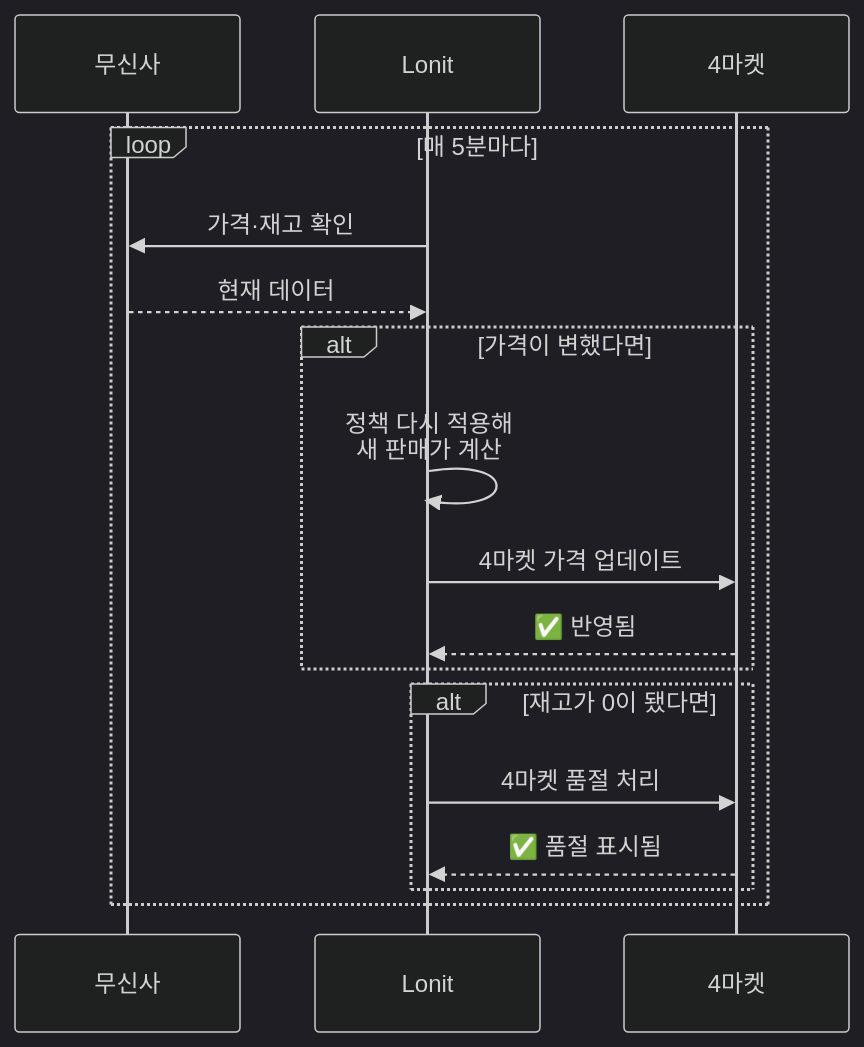
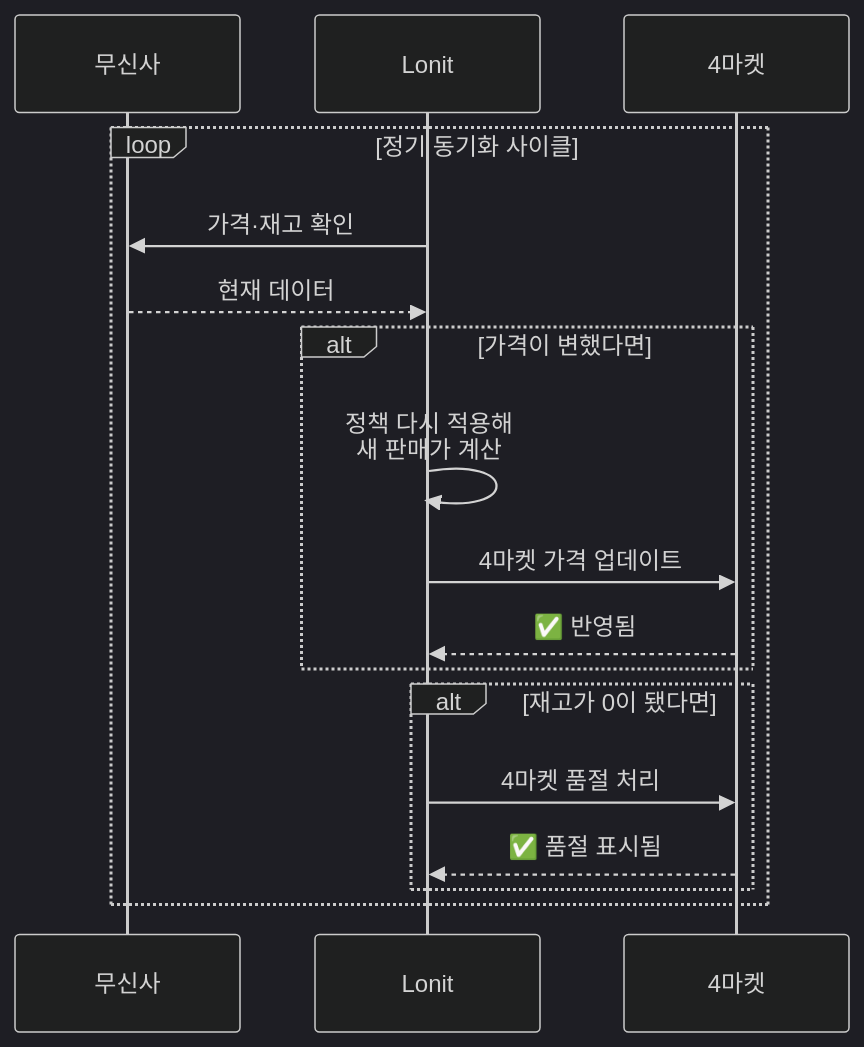
One commit to cksdud5785-design/lonit-manual changed the fifth of 10 diagrams in docs/02-architecture.md. Above: the diagram before and after it, drawn with Mermaid (dark theme). The commit also changed other lines of this file and 13 other files, not shown here.

````diff
--- a/docs/02-architecture.md
+++ b/docs/02-architecture.md
@@ -129,22 +135,22 @@
 ```mermaid
 sequenceDiagram
     participant MUSINSA as 무신사
     participant L as Lonit
     participant MK as 4마켓
     
-    loop 매 5분마다
+    loop 정기 동기화 사이클
         L->>MUSINSA: 가격·재고 확인
         MUSINSA-->>L: 현재 데이터
         
         alt 가격이 변했다면
             L->>L: 정책 다시 적용해<br>새 판매가 계산
             L->>MK: 4마켓 가격 업데이트
             MK-->>L: ✅ 반영됨
         end
         
         alt 재고가 0이 됐다면
             L->>MK: 4마켓 품절 처리
             MK-->>L: ✅ 품절 표시됨
         end
     end
 ```
````
